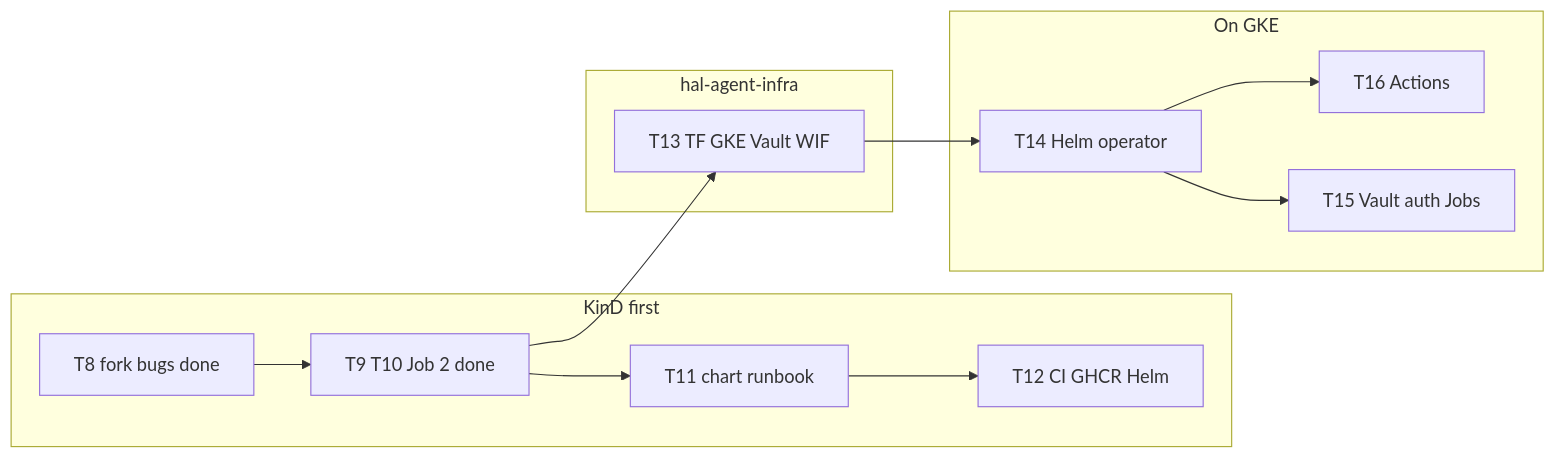
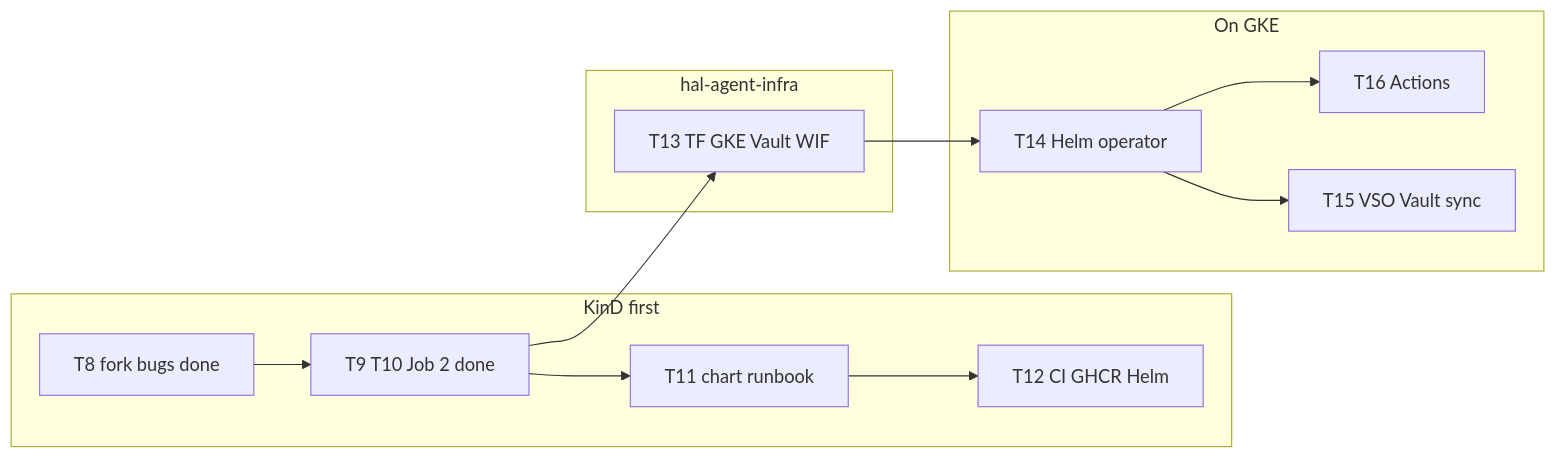
Before and after one commit to hashimiche/hal-agent-operator: the first of 2 diagrams in LLM_PLAN.md, drawn with Mermaid. The commit also changed other lines of this file and 8 other files, not shown here.

````diff
--- a/LLM_PLAN.md
+++ b/LLM_PLAN.md
@@ -92,20 +95,20 @@
 ```mermaid
 flowchart LR
   subgraph local [KinD first]
     F[T8 fork bugs done]
     J2[T9 T10 Job 2 done]
     Chart[T11 chart runbook]
     Pub[T12 CI GHCR Helm]
   end
   subgraph infraRepo [hal-agent-infra]
     TF[T13 TF GKE Vault WIF]
   end
   subgraph cloud [On GKE]
     Deploy[T14 Helm operator]
     GHA[T16 Actions]
-    Vlt[T15 Vault auth Jobs]
+    Vlt[T15 VSO Vault sync]
   end
   F --> J2 --> Chart --> Pub
   J2 --> TF --> Deploy --> GHA
   Deploy --> Vlt
 ```
````
